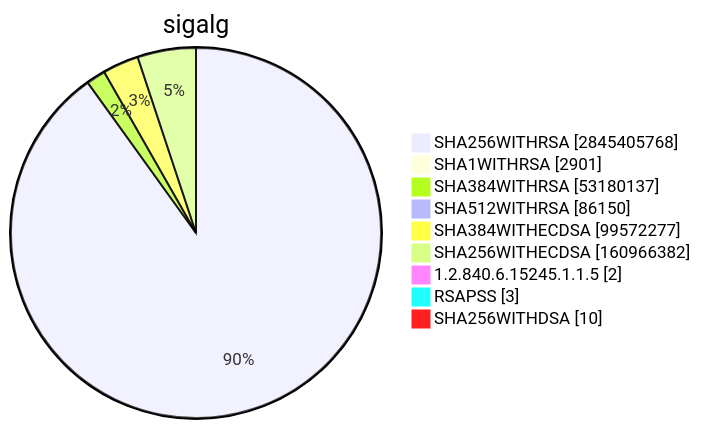
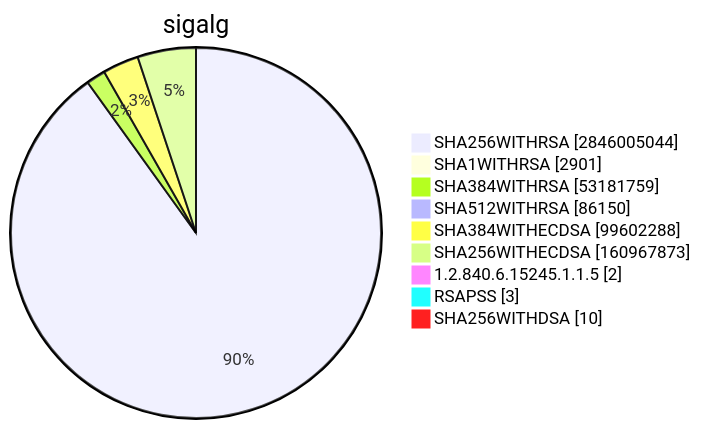
Diagram 15 of 15 in TOTAL/README.md (christiankrug/ctmonitor_visualization), drawn with Mermaid before and after one commit. The commit also changed other lines of this file, not shown here.

````diff
--- a/TOTAL/README.md
+++ b/TOTAL/README.md
@@ -6207,13 +6207,13 @@
 ```mermaid
 pie showData
 title sigalg
-"SHA256WITHRSA" :2845405768
+"SHA256WITHRSA" :2846005044
 "SHA1WITHRSA" :2901
-"SHA384WITHRSA" :53180137
+"SHA384WITHRSA" :53181759
 "SHA512WITHRSA" :86150
-"SHA384WITHECDSA" :99572277
-"SHA256WITHECDSA" :160966382
+"SHA384WITHECDSA" :99602288
+"SHA256WITHECDSA" :160967873
 "1.2.840.6.15245.1.1.5" :2
 "RSAPSS" :3
 "SHA256WITHDSA" :10
 ```
````
